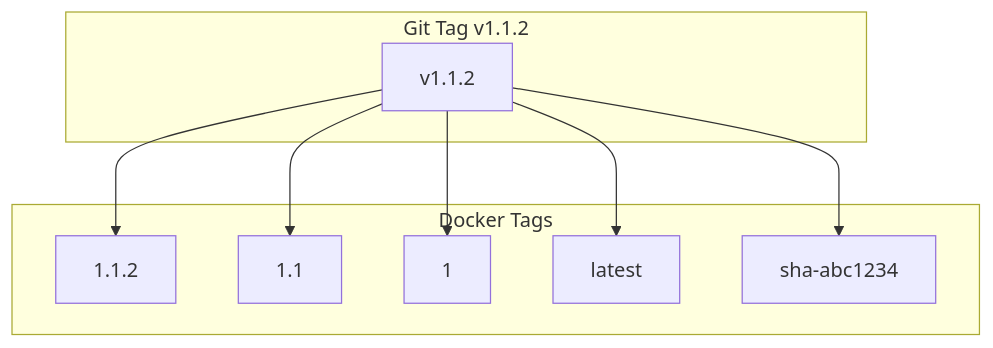
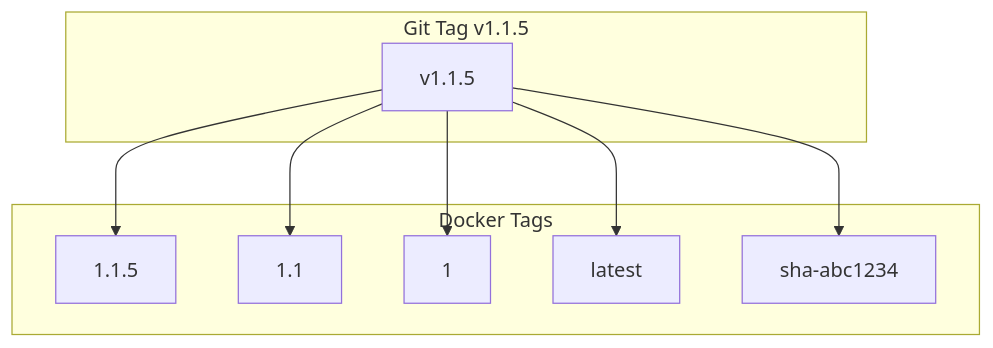
One commit to telemetryflow/telemetryflow-collector changed the seventh of 13 diagrams in docs/GITHUB-WORKFLOWS.md. Above: the diagram before and after it, drawn with Mermaid. The commit also changed other lines of this file and 42 other files, not shown here.

````diff
--- a/docs/GITHUB-WORKFLOWS.md
+++ b/docs/GITHUB-WORKFLOWS.md
@@ -260,20 +260,20 @@
 ```mermaid
 flowchart TD
-    subgraph "Git Tag v1.1.2"
-        GT[v1.1.2]
+    subgraph "Git Tag v1.1.5"
+        GT[v1.1.5]
     end
 
     subgraph "Docker Tags"
-        T1[1.1.2]
+        T1[1.1.5]
         T2[1.1]
         T3[1]
         T4[latest]
         T5[sha-abc1234]
     end
 
     GT --> T1
     GT --> T2
     GT --> T3
     GT --> T4
     GT --> T5
 ```
````
